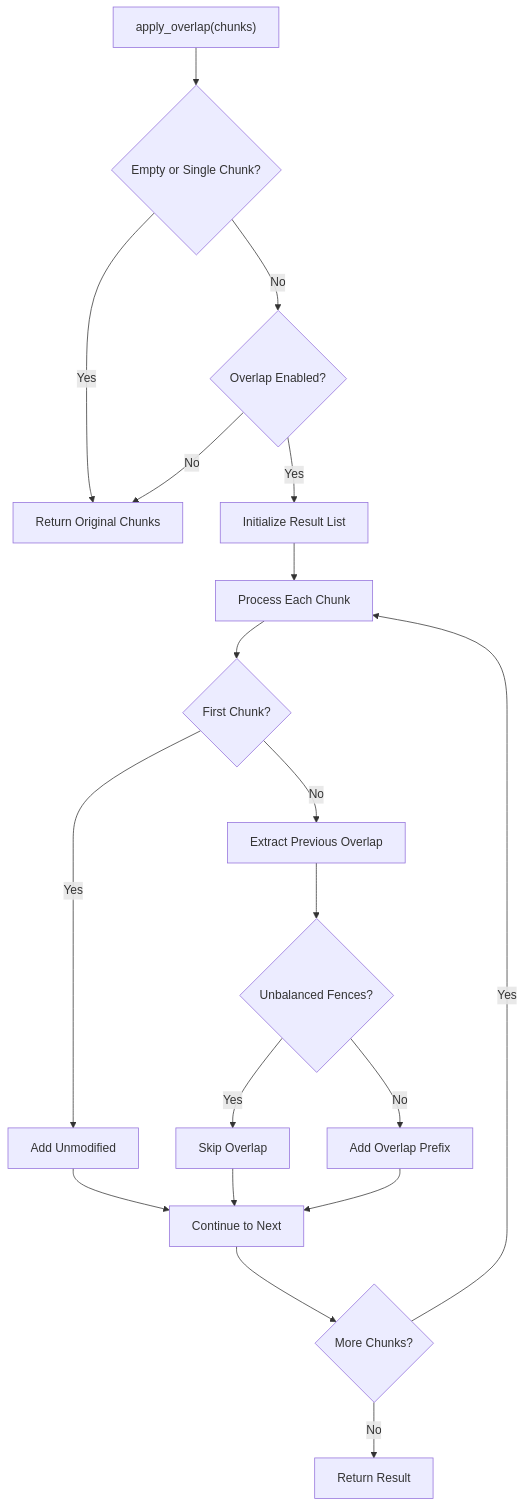
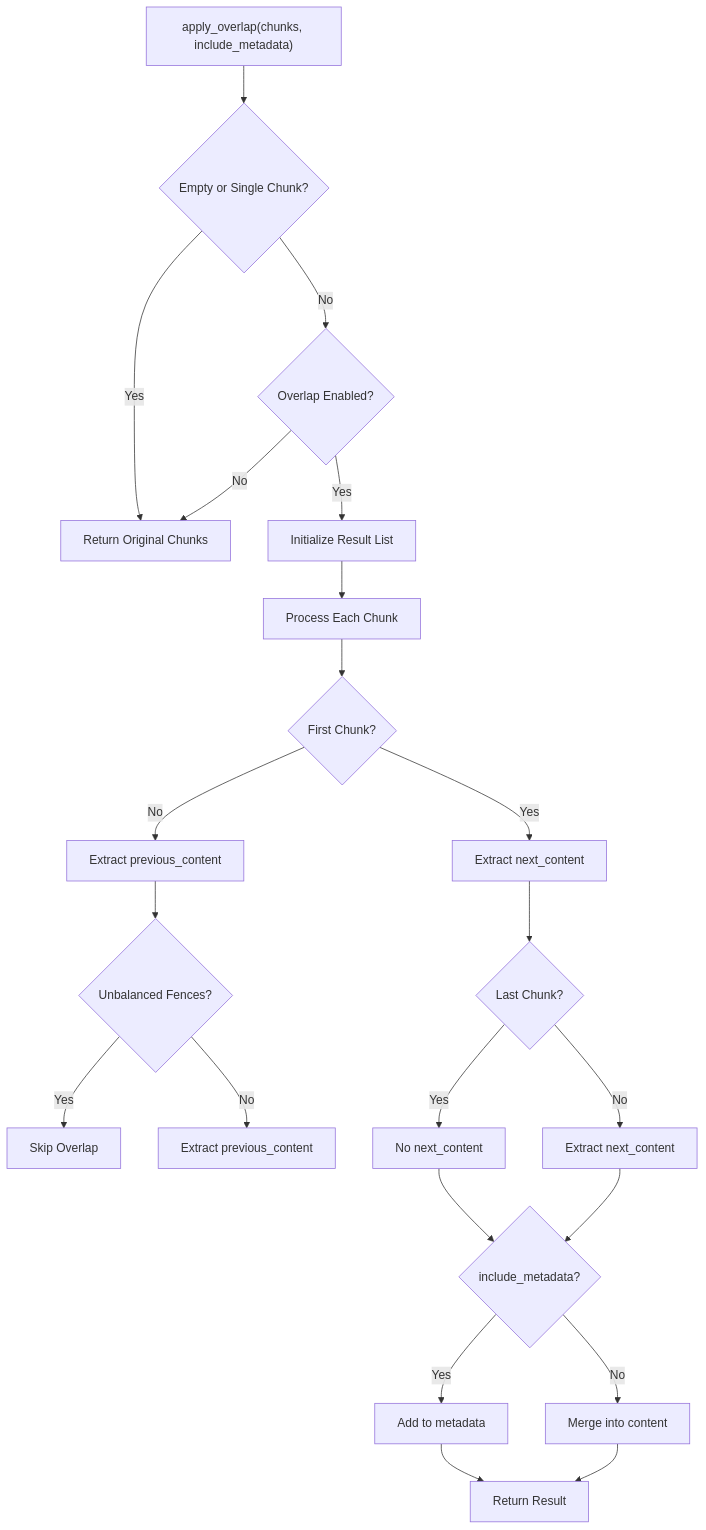
Before and after one commit to asukhodko/dify-markdown-chunker: the third of 5 diagrams in .qoder/repowiki/en/content/Architecture & Design/Orchestrator Engine/Orchestration Pipeline/Post-Processing Pipeline/Overlap Management.md, drawn with Mermaid. The commit also changed other lines of this file and 1 other file, not shown here.

First line of the commit message:
docs(overlap_manager): update docs for metadata-based overlap mode

````diff
--- a/.qoder/repowiki/en/content/Architecture & Design/Orchestrator Engine/Orchestration Pipeline/Post-Processing Pipeline/Overlap Management.md
+++ b/.qoder/repowiki/en/content/Architecture & Design/Orchestrator Engine/Orchestration Pipeline/Post-Processing Pipeline/Overlap Management.md
@@ -155,21 +167,24 @@
 ```mermaid
 flowchart TD
-A["apply_overlap(chunks)"] --> B{"Empty or Single Chunk?"}
+A["apply_overlap(chunks, include_metadata)"] --> B{"Empty or Single Chunk?"}
 B --> |Yes| C["Return Original Chunks"]
 B --> |No| D{"Overlap Enabled?"}
 D --> |No| C
 D --> |Yes| E["Initialize Result List"]
 E --> F["Process Each Chunk"]
 F --> G{"First Chunk?"}
-G --> |Yes| H["Add Unmodified"]
-G --> |No| I["Extract Previous Overlap"]
+G --> |Yes| H["Extract next_content"]
+G --> |No| I["Extract previous_content"]
 I --> J{"Unbalanced Fences?"}
 J --> |Yes| K["Skip Overlap"]
-J --> |No| L["Add Overlap Prefix"]
-H --> M["Continue to Next"]
-K --> M
-L --> M
-M --> N{"More Chunks?"}
-N --> |Yes| F
-N --> |No| O["Return Result"]
+J --> |No| L["Extract previous_content"]
+H --> M{"Last Chunk?"}
+M --> |Yes| N["No next_content"]
+M --> |No| O["Extract next_content"]
+N --> P{"include_metadata?"}
+O --> P
+P --> |Yes| Q["Add to metadata"]
+P --> |No| R["Merge into content"]
+Q --> S["Return Result"]
+R --> S
 ```
````
